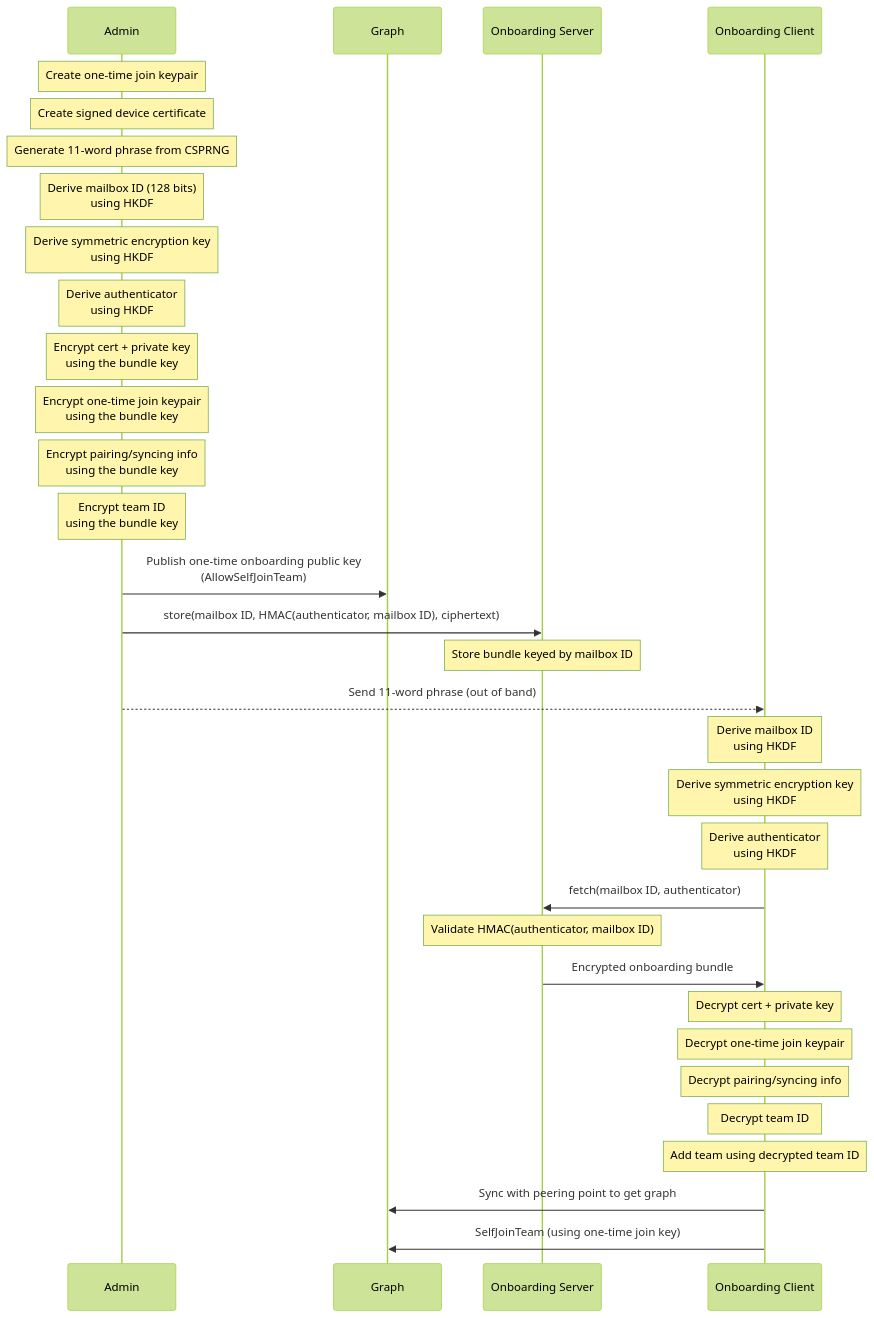
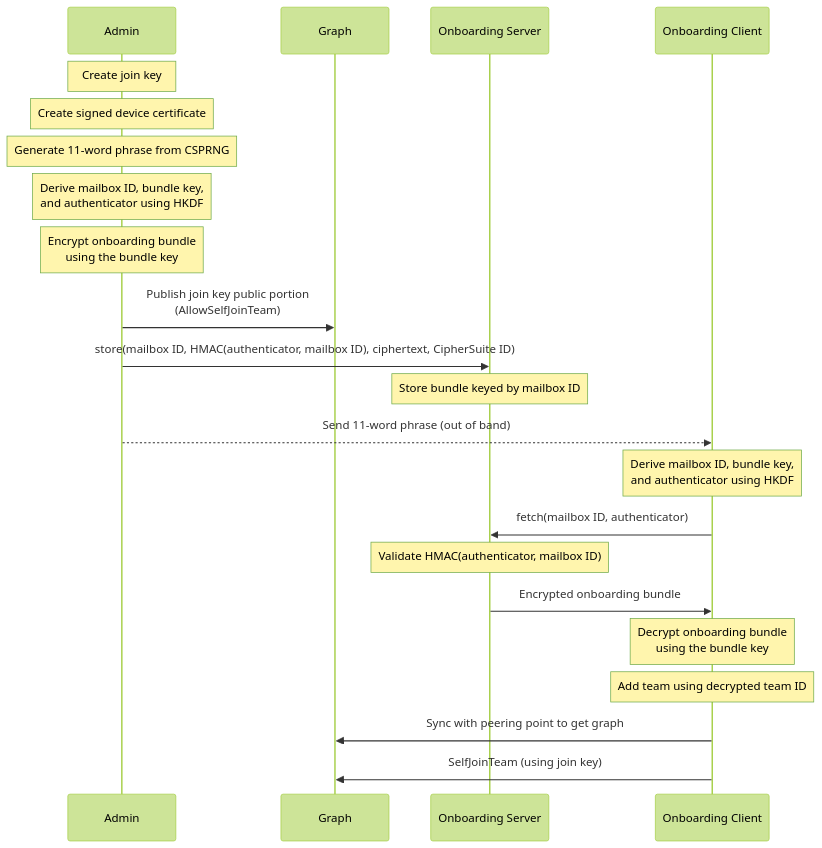
One commit to aranya-project/aranya-docs changed the diagram in docs/async-onboarding.md. Above: the diagram before and after it, drawn with Mermaid (forest theme). The commit also changed other lines of this file, not shown here.

Commit message:
update diagram, wording.

````diff
--- a/docs/async-onboarding.md
+++ b/docs/async-onboarding.md
@@ -46,41 +59,31 @@
 ```mermaid
 sequenceDiagram
     participant Admin
     participant Graph
     participant Server as Onboarding Server
     participant Client as Onboarding Client
 
-    Note over Admin: Create one-time join keypair
+    Note over Admin: Create join key
     Note over Admin: Create signed device certificate
     Note over Admin: Generate 11-word phrase from CSPRNG
-    Note over Admin: Derive mailbox ID (128 bits)<br/>using HKDF
-    Note over Admin: Derive symmetric encryption key<br/>using HKDF
-    Note over Admin: Derive authenticator<br/>using HKDF
-    Note over Admin: Encrypt cert + private key<br/>using the bundle key
-    Note over Admin: Encrypt one-time join keypair<br/>using the bundle key
-    Note over Admin: Encrypt pairing/syncing info<br/>using the bundle key
-    Note over Admin: Encrypt team ID<br/>using the bundle key
+    Note over Admin: Derive mailbox ID, bundle key,<br/>and authenticator using HKDF
+    Note over Admin: Encrypt onboarding bundle<br/>using the bundle key
 
-    Admin->>Graph: Publish one-time onboarding public key<br/>(AllowSelfJoinTeam)
-    Admin->>Server: store(mailbox ID, HMAC(authenticator, mailbox ID), ciphertext)
+    Admin->>Graph: Publish join key public portion<br/>(AllowSelfJoinTeam)
+    Admin->>Server: store(mailbox ID, HMAC(authenticator, mailbox ID), ciphertext, CipherSuite ID)
     Note over Server: Store bundle keyed by mailbox ID
 
     Admin-->>Client: Send 11-word phrase (out of band)
 
-    Note over Client: Derive mailbox ID<br/>using HKDF
-    Note over Client: Derive symmetric encryption key<br/>using HKDF
-    Note over Client: Derive authenticator<br/>using HKDF
+    Note over Client: Derive mailbox ID, bundle key,<br/>and authenticator using HKDF
 
     Client->>Server: fetch(mailbox ID, authenticator)
     Note over Server: Validate HMAC(authenticator, mailbox ID)
     Server->>Client: Encrypted onboarding bundle
 
-    Note over Client: Decrypt cert + private key
-    Note over Client: Decrypt one-time join keypair
-    Note over Client: Decrypt pairing/syncing info
-    Note over Client: Decrypt team ID
+    Note over Client: Decrypt onboarding bundle<br/>using the bundle key
 
     Note over Client: Add team using decrypted team ID
     Client->>Graph: Sync with peering point to get graph
-    Client->>Graph: SelfJoinTeam (using one-time join key)
+    Client->>Graph: SelfJoinTeam (using join key)
 ```
````
